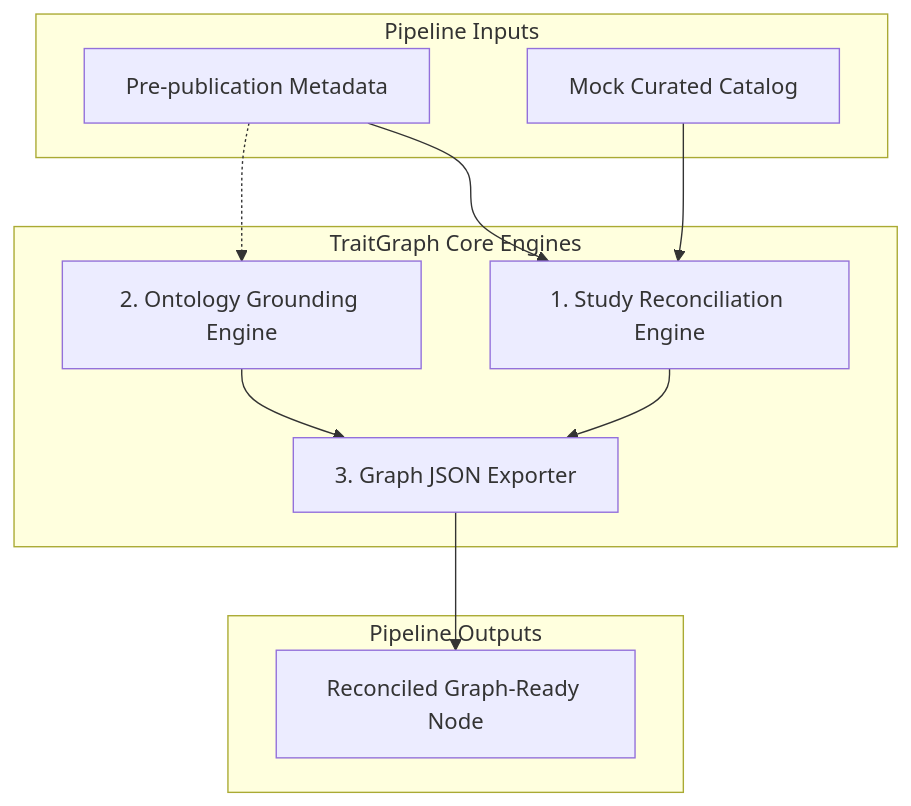
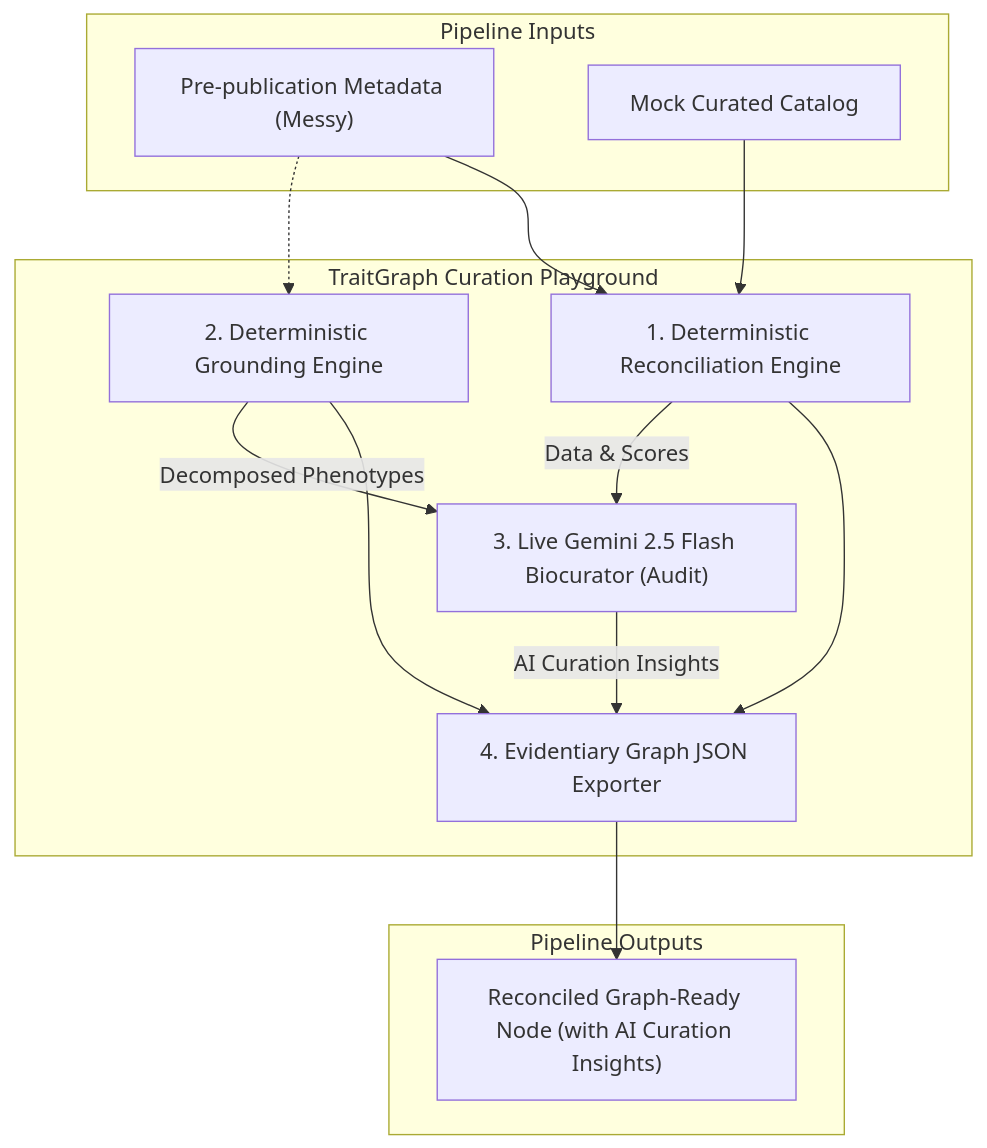
Before and after one commit to twhetzel/agihouse-hackathon-30may2026: the first of 2 diagrams in README.md, drawn with Mermaid. The commit also changed other lines of this file and 6 other files, not shown here.

````diff
--- a/README.md
+++ b/README.md
@@ -18,24 +18,28 @@
 ```mermaid
 graph TD
     subgraph "Pipeline Inputs"
-        PrePub[Pre-publication Metadata]
-        Catalog[Mock Curated Catalog]
+        PrePub["Pre-publication Metadata (Messy)"]
+        Catalog["Mock Curated Catalog"]
     end
 
-    subgraph "TraitGraph Core Engines"
-        Reconcile[1. Study Reconciliation Engine]
-        Grounding[2. Ontology Grounding Engine]
-        Export[3. Graph JSON Exporter]
+    subgraph "TraitGraph Curation Playground"
+        Reconcile["1. Deterministic Reconciliation Engine"]
+        Grounding["2. Deterministic Grounding Engine"]
+        Gemini["3. Live Gemini 2.5 Flash Biocurator (Audit)"]
+        Export["4. Evidentiary Graph JSON Exporter"]
     end
 
     subgraph "Pipeline Outputs"
-        GraphReady[Reconciled Graph-Ready Node]
+        GraphReady["Reconciled Graph-Ready Node (with AI Curation Insights)"]
     end
 
     PrePub --> Reconcile
     Catalog --> Reconcile
     PrePub -.-> Grounding
     Reconcile --> Export
     Grounding --> Export
+    Reconcile -->|Data & Scores| Gemini
+    Grounding -->|Decomposed Phenotypes| Gemini
+    Gemini -->|AI Curation Insights| Export
     Export --> GraphReady
 ```
````
